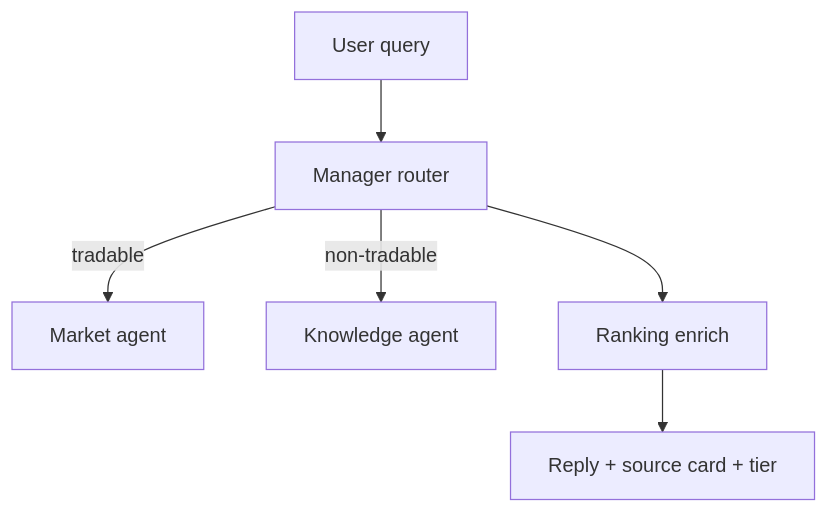
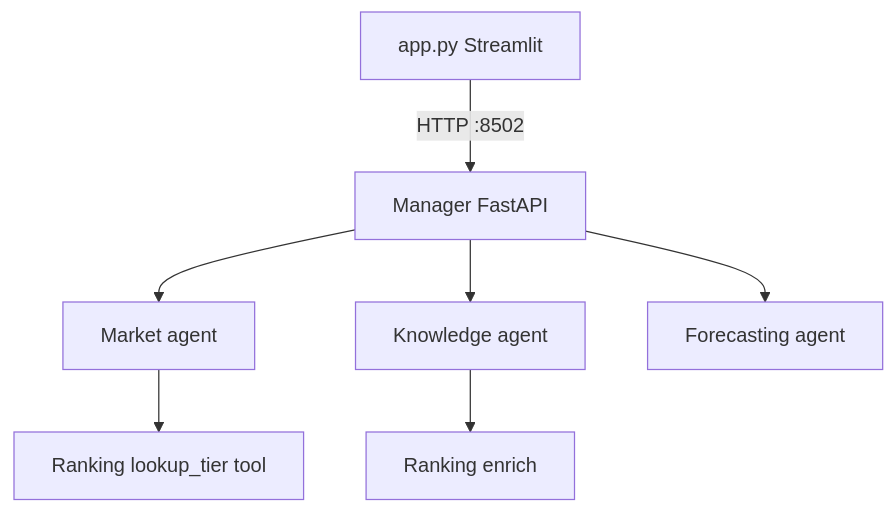
Before and after one commit to Sekki-vi/warframe: the diagram in docs/ARCHITECTURE_FUTURE.md, drawn with Mermaid. The commit also changed other lines of this file and 22 other files, not shown here.

First line of the commit message:
Add Manager orchestrator and refactor Market to a library agent.

````diff
--- a/docs/ARCHITECTURE_FUTURE.md
+++ b/docs/ARCHITECTURE_FUTURE.md
@@ -10,8 +7,9 @@
 ```mermaid
 flowchart TB
-  User[User query] --> Manager[Manager router]
-  Manager -->|tradable| Market[Market agent]
-  Manager -->|non-tradable| Knowledge[Knowledge agent]
-  Manager --> Ranking[Ranking enrich]
-  Ranking --> Response[Reply + source card + tier]
+  UI[app.py Streamlit] -->|HTTP :8502| Manager[Manager FastAPI]
+  Manager --> Market[Market agent]
+  Manager --> Knowledge[Knowledge agent]
+  Manager --> Forecasting[Forecasting agent]
+  Knowledge --> Ranking[Ranking enrich]
+  Market --> RankingTool[Ranking lookup_tier tool]
 ```
````
